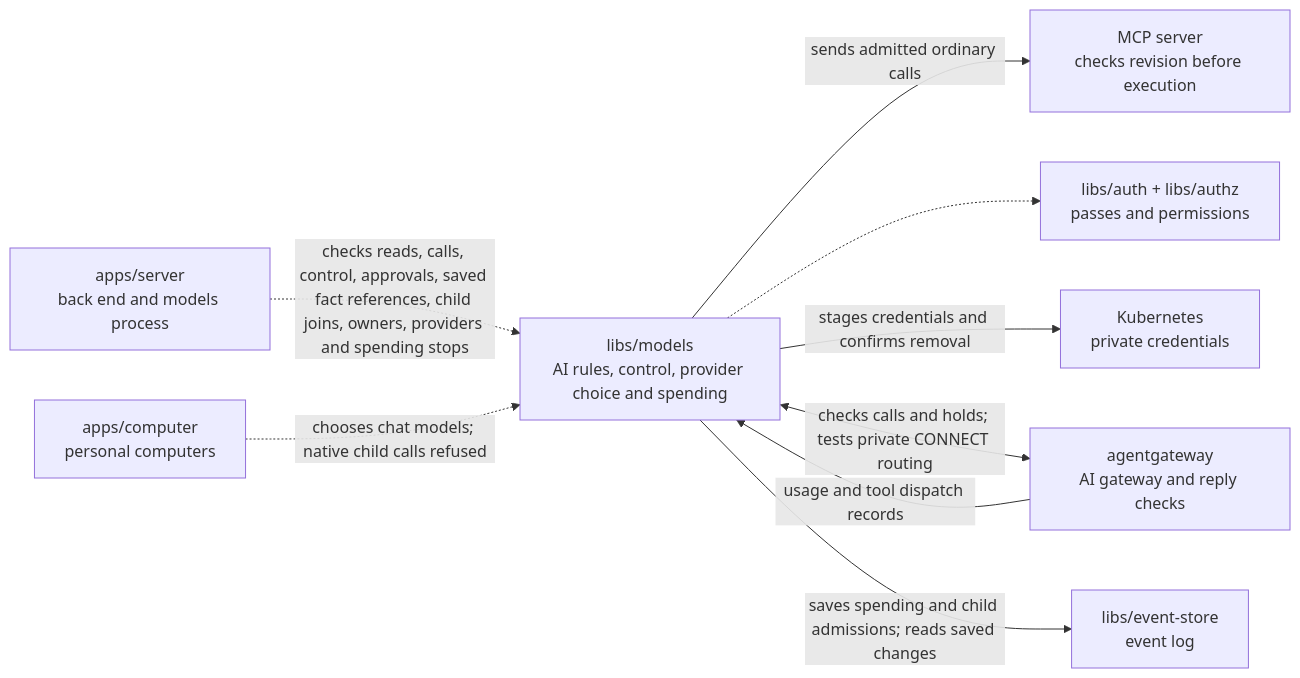
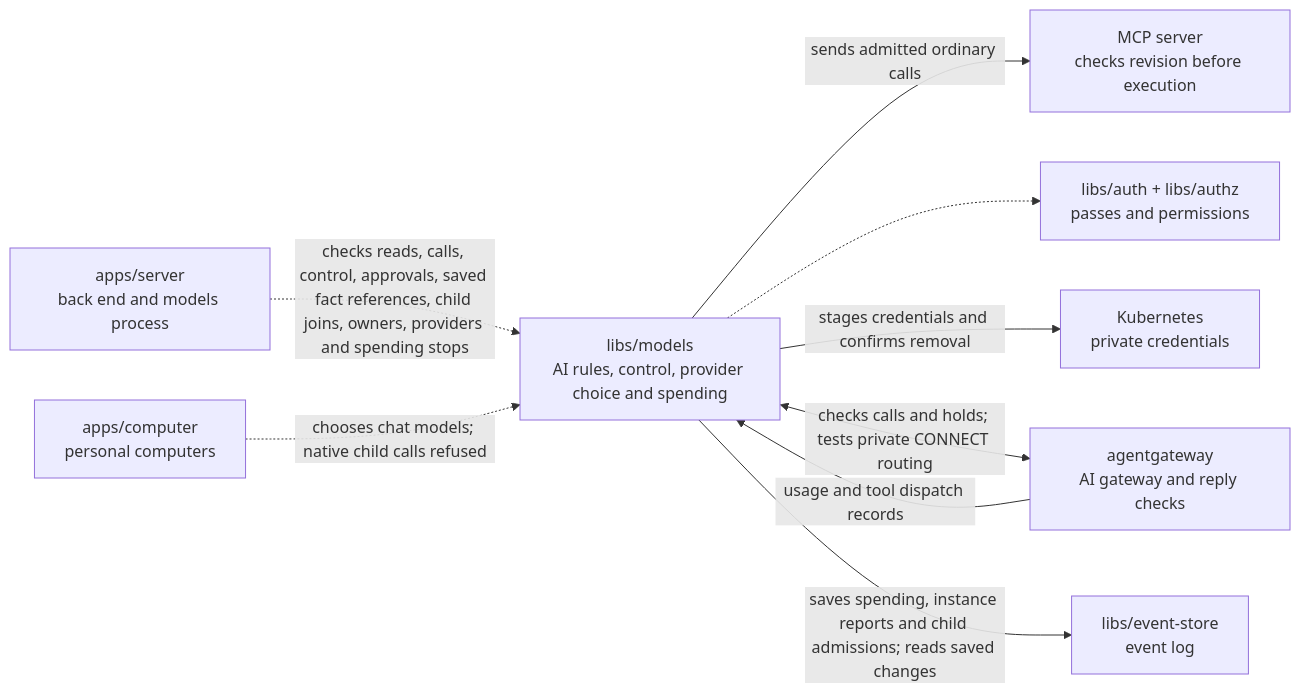
The diagram in libs/models/README.md (elewa-git/opencrane-new), drawn with Mermaid before and after one commit. The commit also changed other lines of this file and 20 other files, not shown here.

````diff
--- a/libs/models/README.md
+++ b/libs/models/README.md
@@ -14,11 +14,11 @@
 ```mermaid
 flowchart LR
   server["apps/server<br/>back end and models process"] -.->|checks reads, calls, control, approvals, saved fact references, child joins, owners, providers and spending stops| models["libs/models<br/>AI rules, control, provider choice and spending"]
   models -->|sends admitted ordinary calls| mcp["MCP server<br/>checks revision before execution"]
   computer["apps/computer<br/>personal computers"] -.->|chooses chat models; native child calls refused| models
   models -.-> auth["libs/auth + libs/authz<br/>passes and permissions"]
   models -->|stages credentials and confirms removal| custody["Kubernetes<br/>private credentials"]
   models <-->|checks calls and holds; tests private CONNECT routing| gateway["agentgateway<br/>AI gateway and reply checks"]
   gateway -->|usage and tool dispatch records| models
-  models -->|saves spending and child admissions; reads saved changes| store["libs/event-store<br/>event log"]
+  models -->|saves spending, instance reports and child admissions; reads saved changes| store["libs/event-store<br/>event log"]
 ```
````
